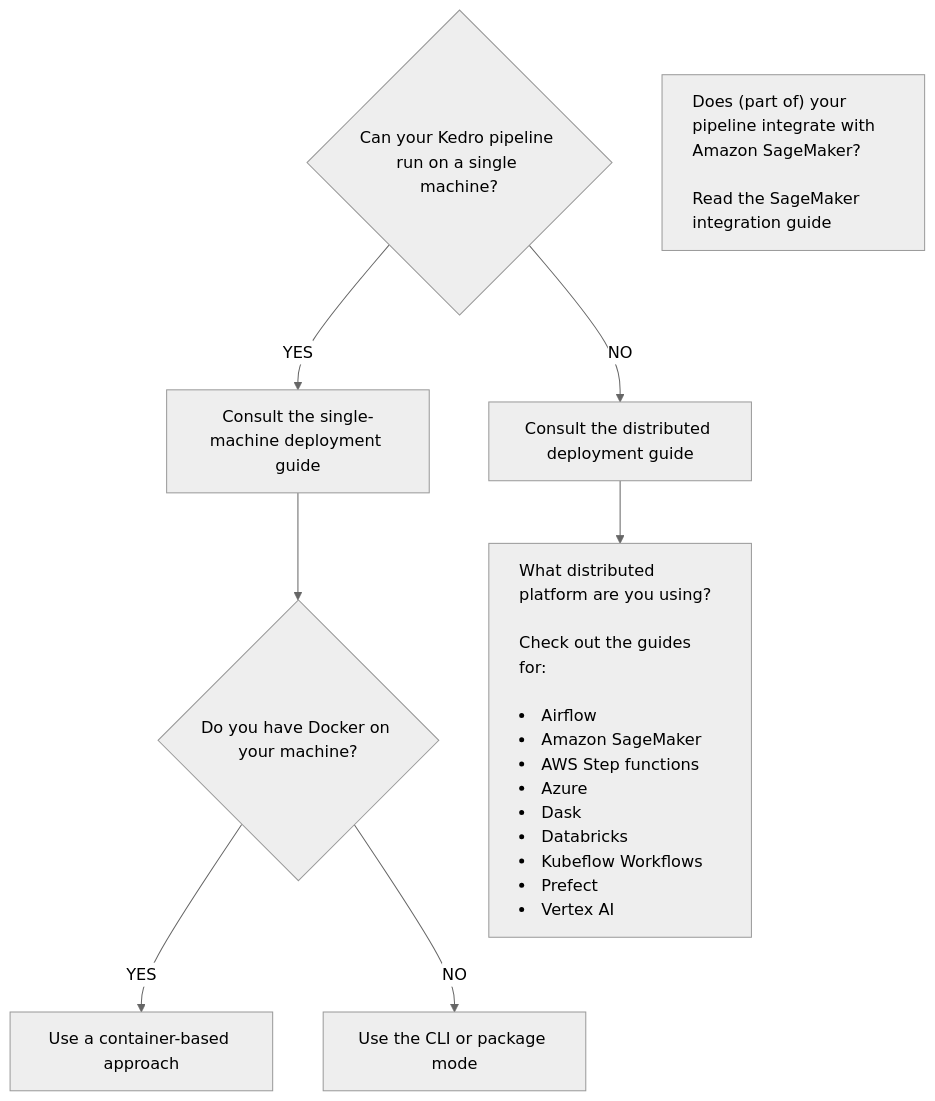
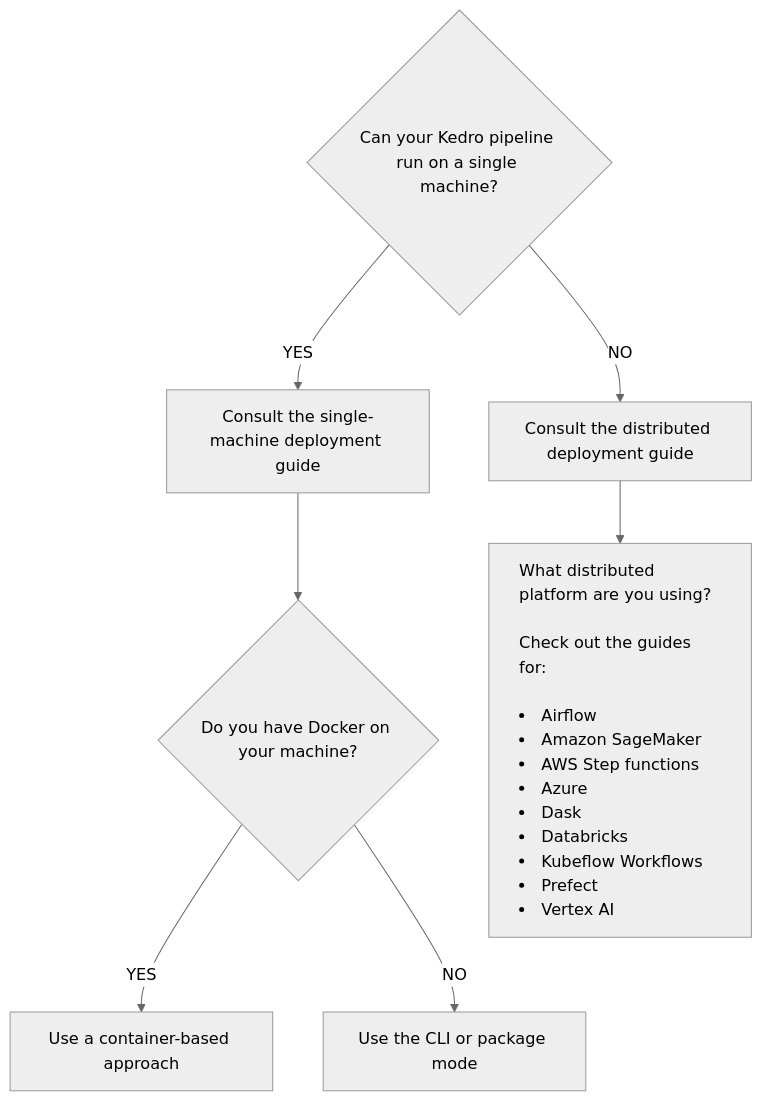
One commit to kedro-org/kedro changed the diagram in docs/source/deployment/index.md. Above: the diagram before and after it, drawn with Mermaid (neutral theme). The commit also changed other lines of this file and 11 other files, not shown here.

````diff
--- a/docs/source/deployment/index.md
+++ b/docs/source/deployment/index.md
@@ -34,12 +15,12 @@
 ```{mermaid}
+%%{init: { "flowchart": { "width":600 } } }%%
+
 flowchart TD
     A{Can your Kedro pipeline run on a single machine?} -- YES --> B[Consult the single-machine deployment guide];
     B --> C{Do you have Docker on your machine?};
     C -- YES --> D[Use a container-based approach];
     C -- NO --> E[Use the CLI or package mode];
     A -- NO --> F[Consult the distributed deployment guide];
     F --> G["What distributed platform are you using?<br/><br/>Check out the guides for:<br/><br/><li>Airflow</li><li>Amazon SageMaker</li><li>AWS Step functions</li><li>Azure</li><li>Dask</li><li>Databricks</li><li>Kubeflow Workflows</li><li>Prefect</li><li>Vertex AI</li>"];
     style G text-align:left
-    H["Does (part of) your pipeline integrate with Amazon SageMaker?<br/><br/>Read the SageMaker integration guide"];
-    style H text-align:left
 ```
````
